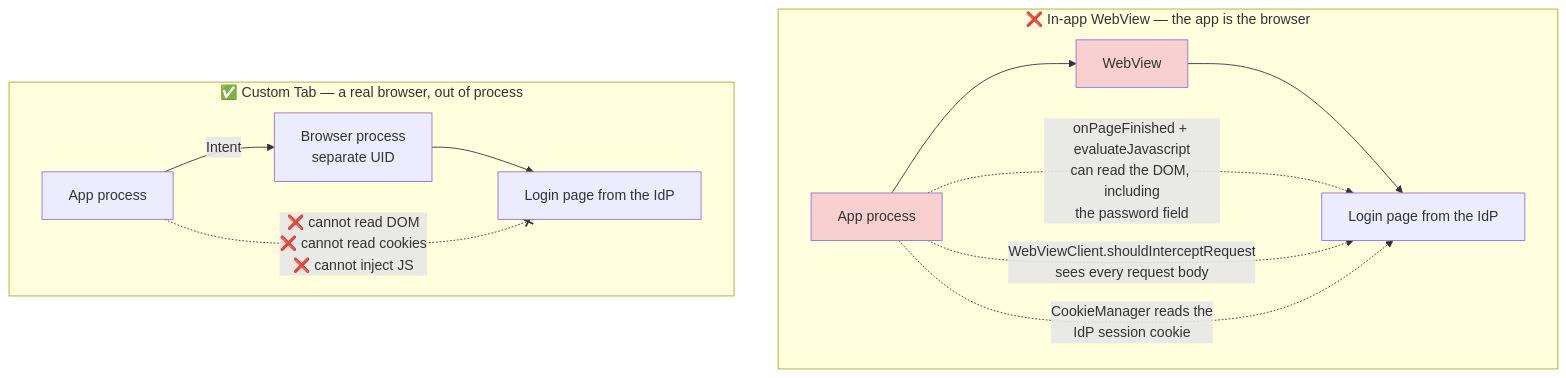
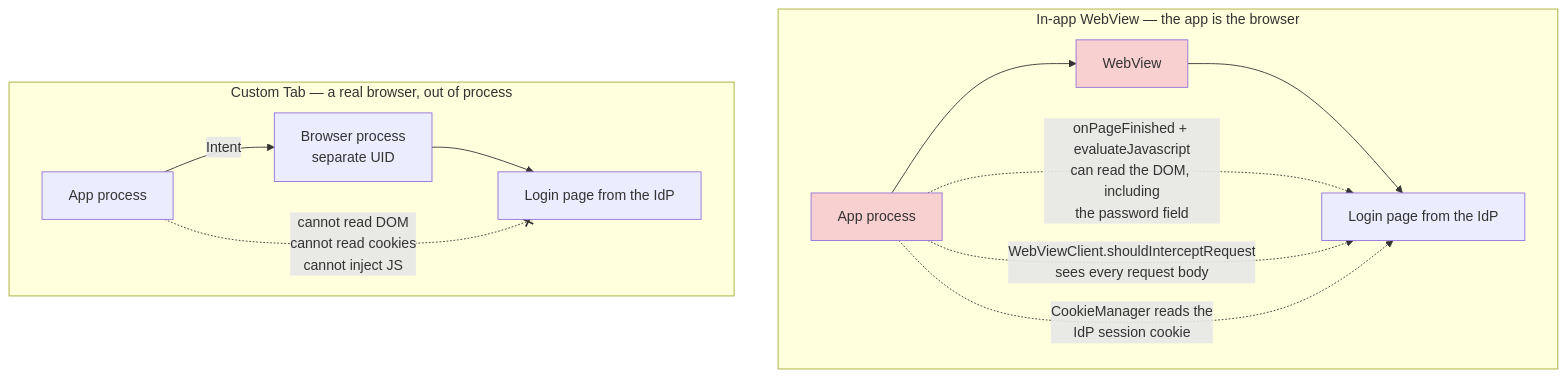
Diagram 13 of 22 in 45-OAuth/README.md (FlyPhantomFly/android-security-handbook), drawn with Mermaid before and after one commit. The commit also changed other lines of this file and 118 other files, not shown here.

````diff
--- a/45-OAuth/README.md
+++ b/45-OAuth/README.md
@@ -834,18 +834,18 @@
 ```mermaid
 flowchart TD
-    subgraph Bad["❌ In-app WebView — the app is the browser"]
+    subgraph Bad["In-app WebView — the app is the browser"]
         W1["App process"] --> W2["WebView"]
         W2 --> W3["Login page from the IdP"]
         W1 -. "onPageFinished + evaluateJavascript<br/>can read the DOM, including<br/>the password field" .-> W3
         W1 -. "WebViewClient.shouldInterceptRequest<br/>sees every request body" .-> W3
         W1 -. "CookieManager reads the<br/>IdP session cookie" .-> W3
     end
-    subgraph Good["✅ Custom Tab — a real browser, out of process"]
+    subgraph Good["Custom Tab — a real browser, out of process"]
         C1["App process"] -- "Intent" --> C2["Browser process<br/>separate UID"]
         C2 --> C3["Login page from the IdP"]
-        C1 -. "❌ cannot read DOM<br/>❌ cannot read cookies<br/>❌ cannot inject JS" .-x C3
+        C1 -. "cannot read DOM<br/>cannot read cookies<br/>cannot inject JS" .-x C3
     end
 
     style W1 fill:#f9d0d0
     style W2 fill:#f9d0d0
 ```
````
